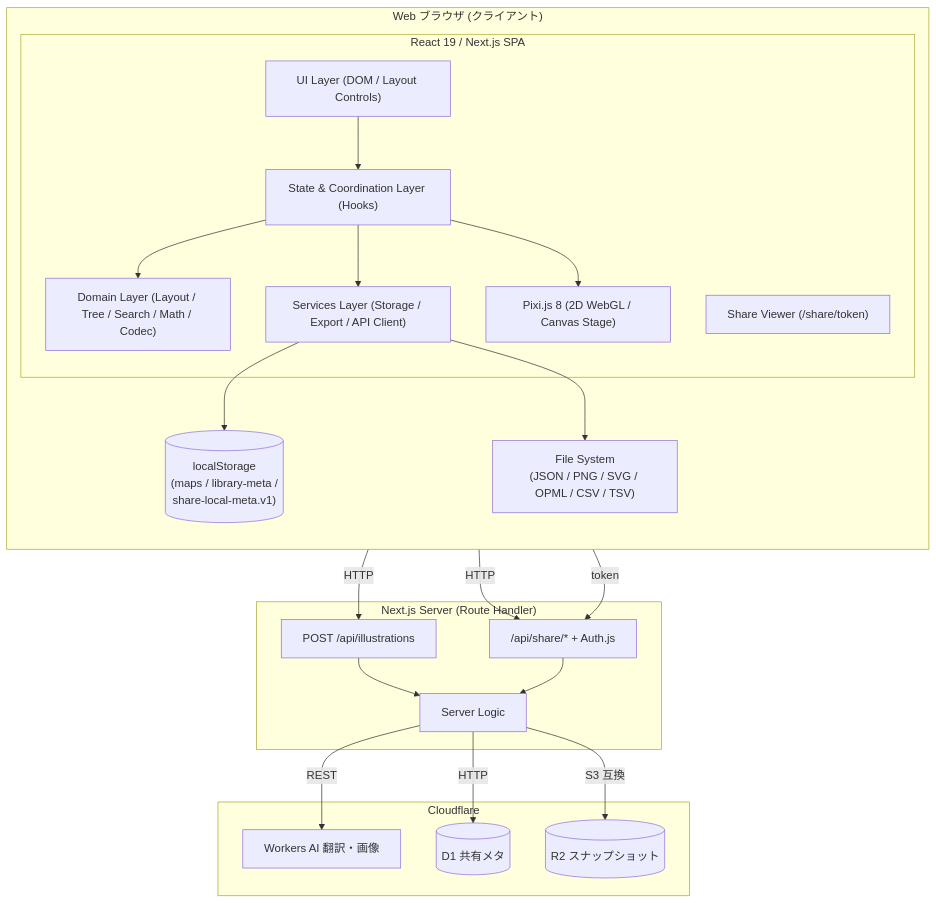
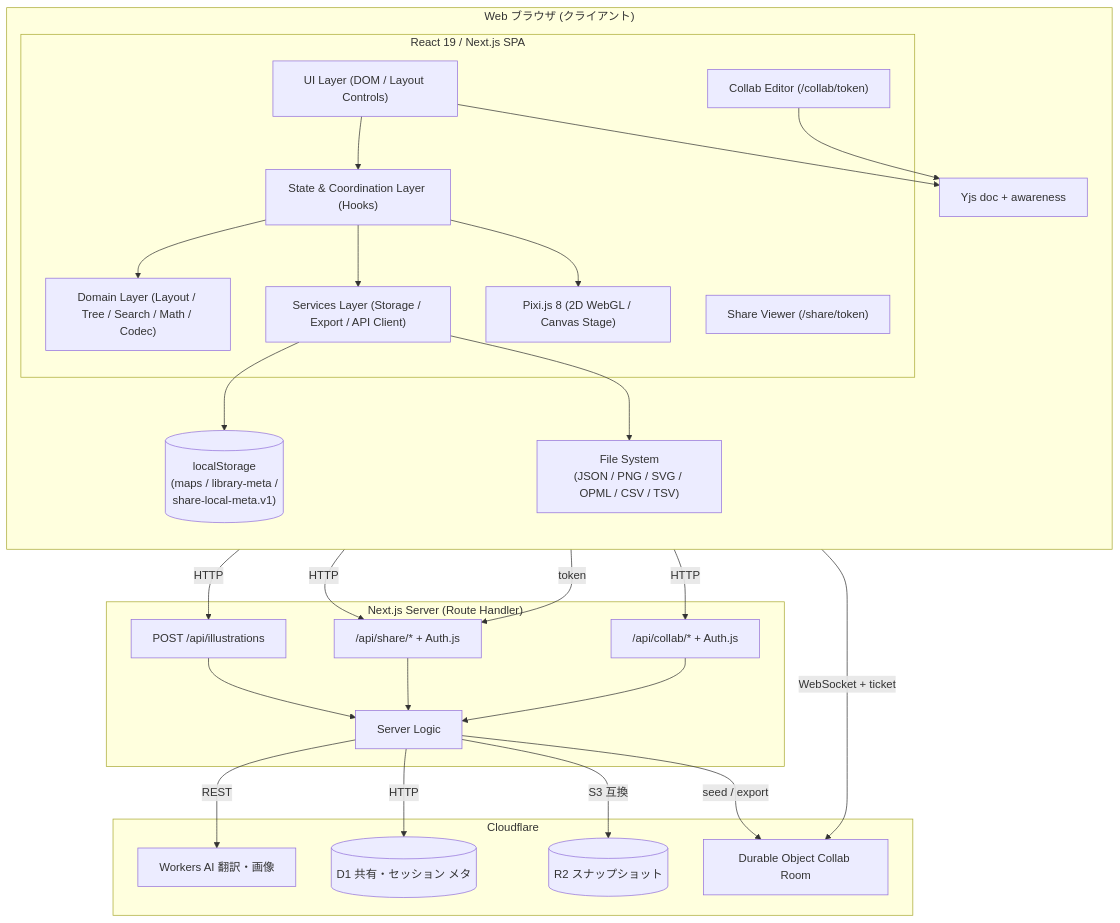
The first of 8 diagrams in docs/architecture/overview.md (poteto317/draw-my-map), drawn with Mermaid before and after one commit. The commit also changed other lines of this file and 5 other files, not shown here.

Commit message:
docs(collab): Phase 39 の仕様・setup・手動テストと ROADMAP を更新する

````diff
--- a/docs/architecture/overview.md
+++ b/docs/architecture/overview.md
@@ -16,44 +16,54 @@
 ```mermaid
 graph TD
     subgraph Browser ["Web ブラウザ (クライアント)"]
         direction TB
         subgraph ReactApp ["React 19 / Next.js SPA"]
             UI["UI Layer (DOM / Layout Controls)"]
             State["State & Coordination Layer (Hooks)"]
             Services["Services Layer (Storage / Export / API Client)"]
             Domain["Domain Layer (Layout / Tree / Search / Math / Codec)"]
             PixiApp["Pixi.js 8 (2D WebGL / Canvas Stage)"]
             ShareViewer["Share Viewer (/share/token)"]
+            CollabEditor["Collab Editor (/collab/token)"]
         end
         LocalStorage[("localStorage<br/>(maps / library-meta /<br/>share-local-meta.v1)")]
         FileIO["File System<br/>(JSON / PNG / SVG / OPML / CSV / TSV)"]
+        YjsClient["Yjs doc + awareness"]
     end
 
     subgraph Server ["Next.js Server (Route Handler)"]
         Illustrations["POST /api/illustrations"]
         ShareAPI["/api/share/* + Auth.js"]
+        CollabAPI["/api/collab/* + Auth.js"]
         ServerDomain["Server Logic"]
     end
 
     subgraph Cloudflare ["Cloudflare"]
         TranslationModel["Workers AI 翻訳・画像"]
-        D1[("D1 共有メタ")]
+        D1[("D1 共有・セッション メタ")]
         R2[("R2 スナップショット")]
+        CollabDO["Durable Object Collab Room"]
     end
 
     UI --> State
     State --> Domain
     State --> Services
     State --> PixiApp
     Services --> LocalStorage
     Services --> FileIO
     Services -->|HTTP| Illustrations
     Services -->|HTTP| ShareAPI
+    Services -->|HTTP| CollabAPI
     ShareViewer -->|token| ShareAPI
+    CollabEditor --> YjsClient
+    UI --> YjsClient
+    YjsClient -->|WebSocket + ticket| CollabDO
 
     Illustrations --> ServerDomain
     ShareAPI --> ServerDomain
+    CollabAPI --> ServerDomain
     ServerDomain -->|REST| TranslationModel
     ServerDomain -->|HTTP| D1
     ServerDomain -->|S3 互換| R2
+    ServerDomain -->|seed / export| CollabDO
 ```
````
